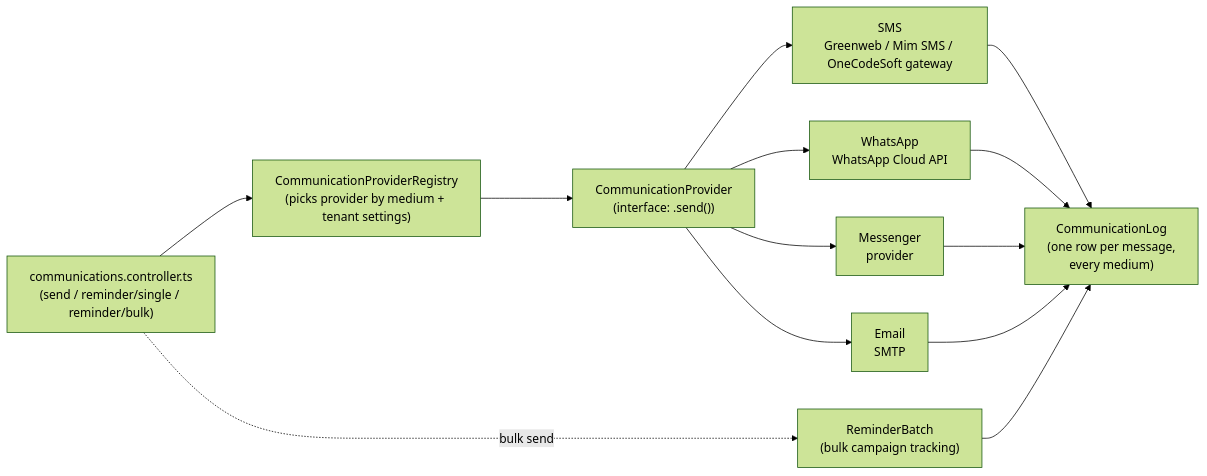
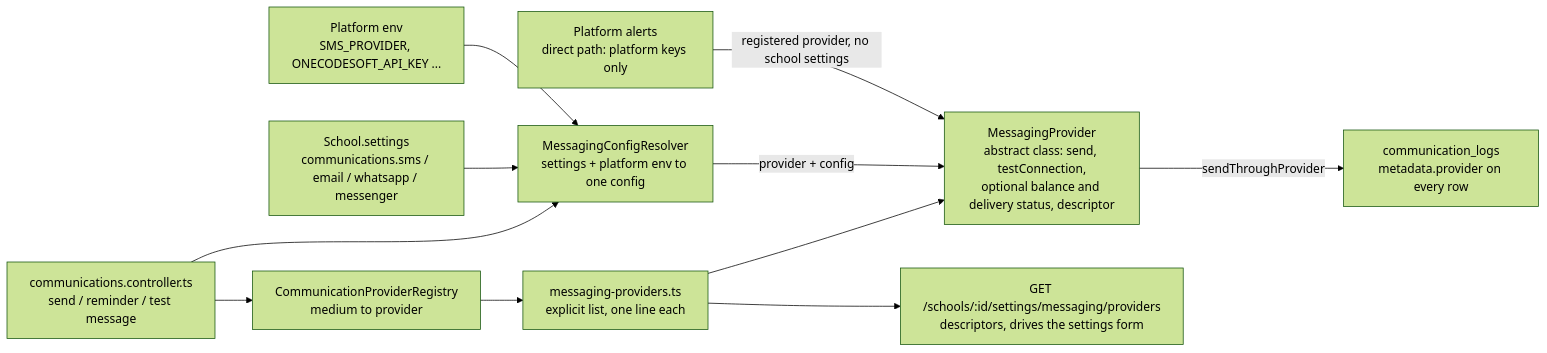
The first of 14 diagrams in docs/architecture/05-communications.md (tareq89/biddaloy), drawn with Mermaid (forest theme) before and after one commit. The commit also changed other lines of this file and 2 other files, not shown here.

Commit message:
docs(communications): provider adapter section rewritten for Epic 97; widgets link the message log

````diff
--- a/docs/architecture/05-communications.md
+++ b/docs/architecture/05-communications.md
@@ -9,25 +11,22 @@
 ```mermaid
 flowchart LR
-    CTRL["communications.controller.ts\n(send / reminder/single / reminder/bulk)"]
-    REG["CommunicationProviderRegistry\n(picks provider by medium + tenant settings)"]
-    IFACE["CommunicationProvider\n(interface: .send())"]
-    SMS["SMS\nGreenweb / Mim SMS / OneCodeSoft gateway"]
-    WA["WhatsApp\nWhatsApp Cloud API"]
-    MSG["Messenger\nprovider"]
-    EMAIL["Email\nSMTP"]
-    LOG["CommunicationLog\n(one row per message,\nevery medium)"]
-    BATCH["ReminderBatch\n(bulk campaign tracking)"]
+    CTRL["communications.controller.ts<br/>send / reminder / test message"]
+    REG["CommunicationProviderRegistry<br/>medium to provider"]
+    LIST["messaging-providers.ts<br/>explicit list, one line each"]
+    BASE["MessagingProvider<br/>abstract class: send, testConnection,<br/>optional balance and delivery status, descriptor"]
+    RES["MessagingConfigResolver<br/>settings + platform env to one config"]
+    SET["School.settings<br/>communications.sms / email / whatsapp / messenger"]
+    ENV["Platform env<br/>SMS_PROVIDER, ONECODESOFT_API_KEY ..."]
+    API["GET /schools/:id/settings/messaging/providers<br/>descriptors, drives the settings form"]
+    ALERT["Platform alerts<br/>direct path: platform keys only"]
+    LOG["communication_logs<br/>metadata.provider on every row"]
 
-    CTRL --> REG
-    REG --> IFACE
-    IFACE --> SMS
-    IFACE --> WA
-    IFACE --> MSG
-    IFACE --> EMAIL
-    SMS --> LOG
-    WA --> LOG
-    MSG --> LOG
-    EMAIL --> LOG
-    CTRL -.->|"bulk send"| BATCH
-    BATCH --> LOG
+    CTRL --> REG --> LIST --> BASE
+    CTRL --> RES
+    SET --> RES
+    ENV --> RES
+    RES -->|"provider + config"| BASE
+    LIST --> API
+    BASE -->|"sendThroughProvider"| LOG
+    ALERT -->|"registered provider, no school settings"| BASE
 ```
````
